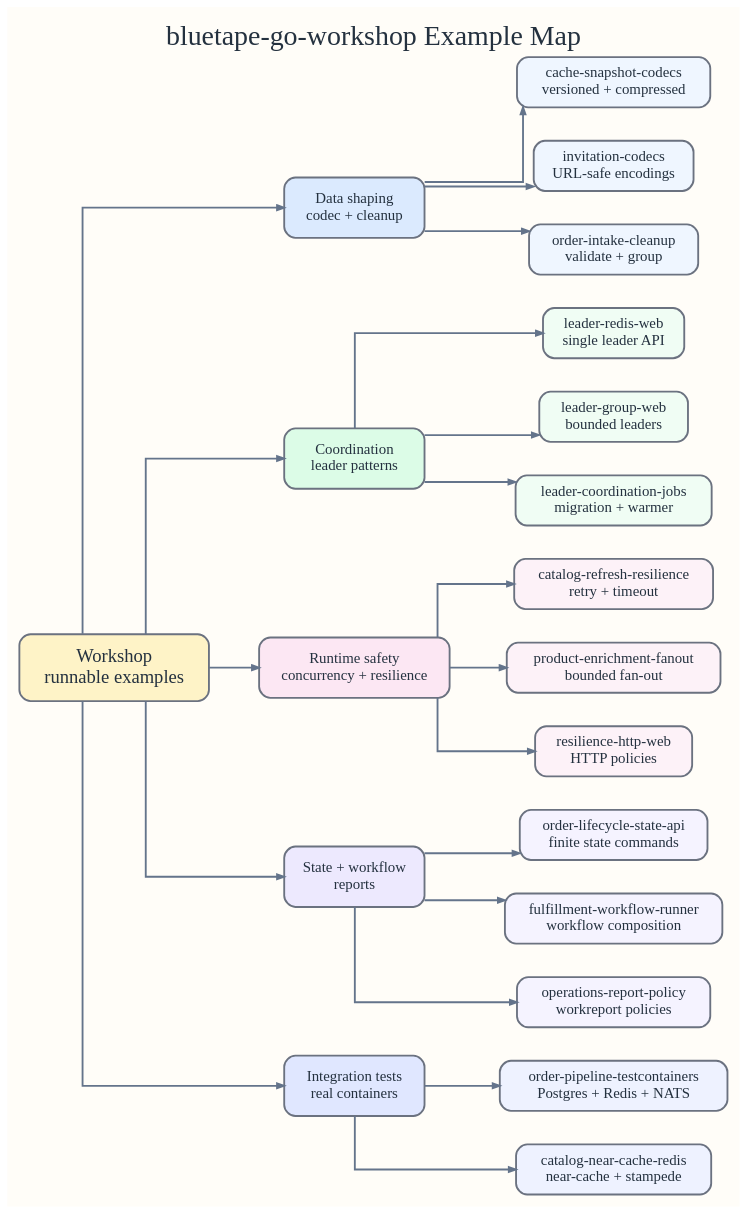
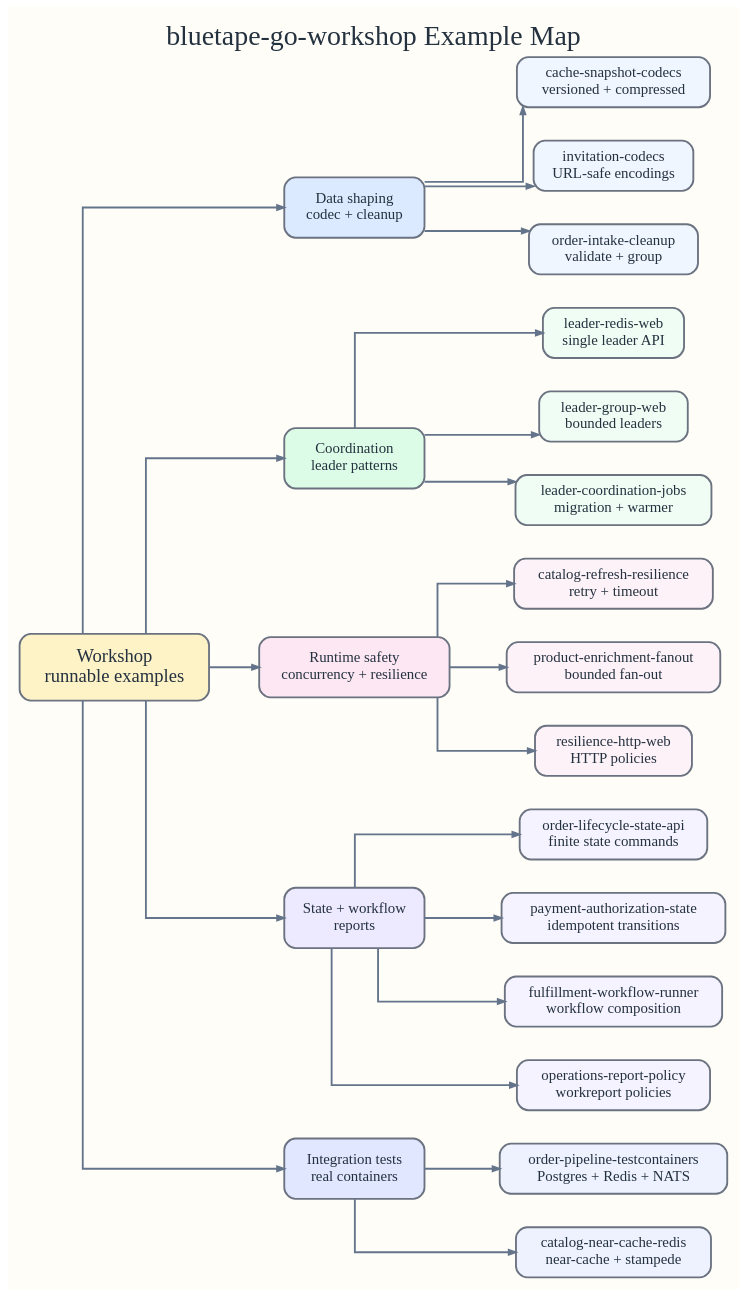
One commit to bluetape4k/bluetape-go-workshop changed the diagram in docs/images/readme-diagrams/workshop-example-map.dot. Above: the diagram before and after it, drawn with Graphviz. The commit also changed 34 other files, not shown here.

First line of the commit message:
Teach payment authorization idempotency through a focused state example

```diff
--- a/docs/images/readme-diagrams/workshop-example-map.dot
+++ b/docs/images/readme-diagrams/workshop-example-map.dot
@@ -1,77 +1,79 @@
 digraph G {
   graph [
     rankdir=LR,
     bgcolor="#fffdf8",
     margin=0.18,
     pad=0.18,
     nodesep=0.5,
     ranksep=0.75,
     splines=ortho,
     fontnames=svg,
     fontname="Architects Daughter",
     label="bluetape-go-workshop Example Map",
     labelloc=t,
     fontsize=30,
     fontcolor="#24313f"
   ];
   node [
     shape=rect,
     style="rounded,filled",
     penwidth=2,
     fontname="Comic Mono",
     fontsize=16,
     color="#6b7280",
     fontcolor="#24313f",
     margin="0.16,0.12"
   ];
   edge [
     color="#64748b",
     penwidth=2,
     arrowsize=0.75,
     fontname="Comic Mono",
     fontsize=12,
     fontcolor="#475569"
   ];
 
   workshop [label="Workshop\nrunnable examples", fillcolor="#fef3c7", fontname="Architects Daughter", fontsize=20, width=2.4, height=1.0];
   data [label="Data shaping\ncodec + cleanup", fillcolor="#dbeafe", width=2.1, height=0.9];
   leadership [label="Coordination\nleader patterns", fillcolor="#dcfce7", width=2.1, height=0.9];
   runtime [label="Runtime safety\nconcurrency + resilience", fillcolor="#fce7f3", width=2.35, height=0.9];
   stateflow [label="State + workflow\nreports", fillcolor="#ede9fe", width=2.1, height=0.9];
   integration [label="Integration tests\nreal containers", fillcolor="#e0e7ff", width=2.1, height=0.9];
 
   snapshot [label="cache-snapshot-codecs\nversioned + compressed", fillcolor="#eff6ff"];
   invites [label="invitation-codecs\nURL-safe encodings", fillcolor="#eff6ff"];
   cleanup [label="order-intake-cleanup\nvalidate + group", fillcolor="#eff6ff"];
   singleLeader [label="leader-redis-web\nsingle leader API", fillcolor="#f0fdf4"];
   groupLeader [label="leader-group-web\nbounded leaders", fillcolor="#f0fdf4"];
   jobs [label="leader-coordination-jobs\nmigration + warmer", fillcolor="#f0fdf4"];
   refresh [label="catalog-refresh-resilience\nretry + timeout", fillcolor="#fdf2f8"];
   enrich [label="product-enrichment-fanout\nbounded fan-out", fillcolor="#fdf2f8"];
   http [label="resilience-http-web\nHTTP policies", fillcolor="#fdf2f8"];
   orderState [label="order-lifecycle-state-api\nfinite state commands", fillcolor="#f5f3ff"];
+  paymentState [label="payment-authorization-state\nidempotent transitions", fillcolor="#f5f3ff"];
   fulfillment [label="fulfillment-workflow-runner\nworkflow composition", fillcolor="#f5f3ff"];
   reports [label="operations-report-policy\nworkreport policies", fillcolor="#f5f3ff"];
   pipeline [label="order-pipeline-testcontainers\nPostgres + Redis + NATS", fillcolor="#eef2ff"];
   catalogCache [label="catalog-near-cache-redis\nnear-cache + stampede", fillcolor="#eef2ff"];
 
   workshop -> data;
   workshop -> leadership;
   workshop -> runtime;
   workshop -> stateflow;
   workshop -> integration;
   data -> snapshot;
   data -> invites;
   data -> cleanup;
   leadership -> singleLeader;
   leadership -> groupLeader;
   leadership -> jobs;
   runtime -> refresh;
   runtime -> enrich;
   runtime -> http;
   stateflow -> orderState;
+  stateflow -> paymentState;
   stateflow -> fulfillment;
   stateflow -> reports;
   integration -> pipeline;
   integration -> catalogCache;
 }
```
